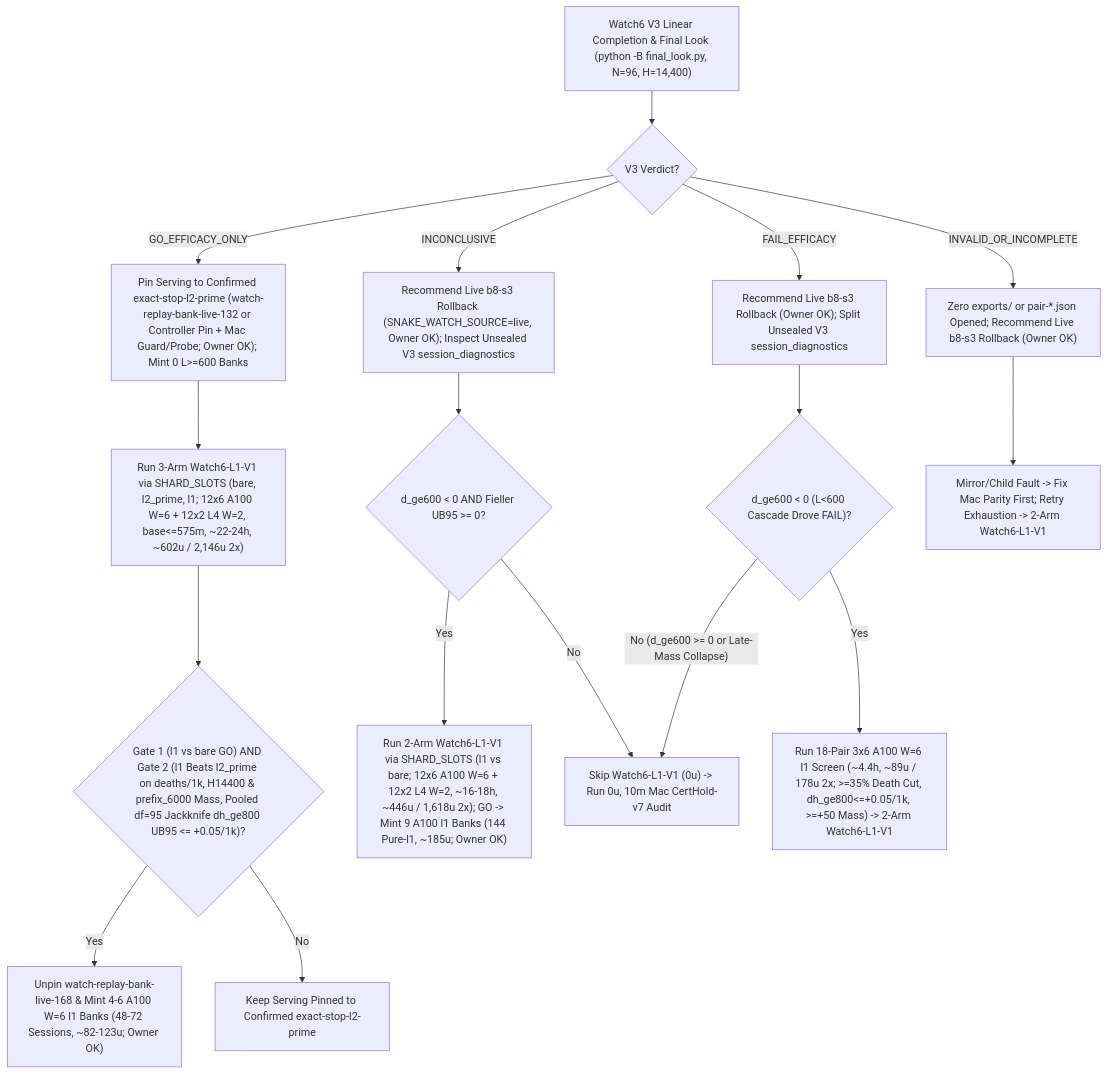
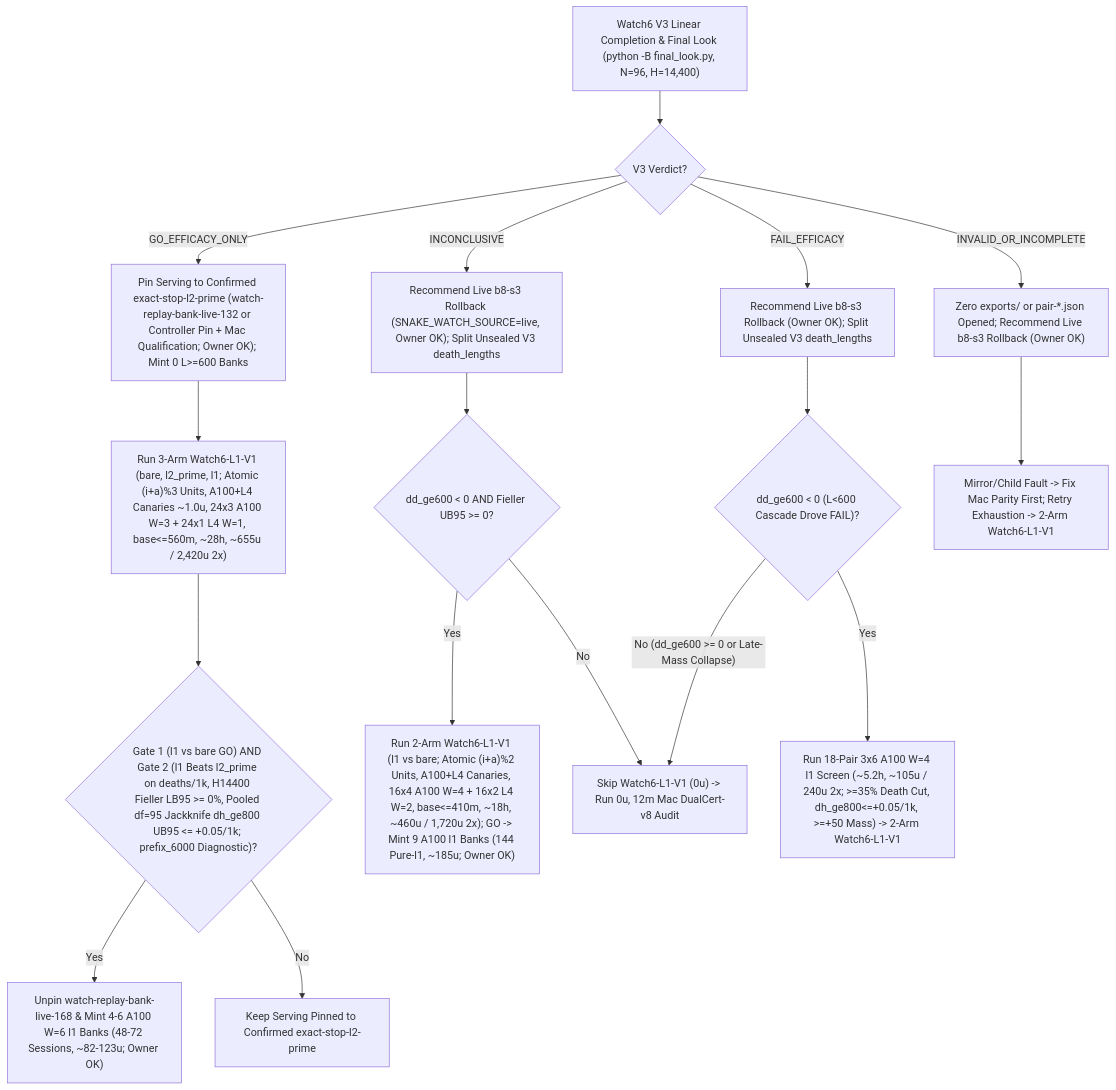
Before and after one commit to josenunezwork/snake-dqn: the diagram in docs/research/ROADMAP.md, drawn with Mermaid. The commit also changed other lines of this file, not shown here.

Commit message:
docs(roadmap): fold in round-08 synthesis as current and later-round advice

````diff
--- a/docs/research/ROADMAP.md
+++ b/docs/research/ROADMAP.md
@@ -90,19 +97,19 @@
 ```mermaid
 flowchart TD
     V3["Watch6 V3 Linear Completion & Final Look (python -B final_look.py, N=96, H=14,400)"] --> VERDICT{"V3 Verdict?"}
-    VERDICT -- "GO_EFFICACY_ONLY" --> PIN_L2["Pin Serving to Confirmed exact-stop-l2-prime (watch-replay-bank-live-132 or Controller Pin + Mac Guard/Probe; Owner OK); Mint 0 L>=600 Banks"]
-    PIN_L2 --> L1_3ARM["Run 3-Arm Watch6-L1-V1 via SHARD_SLOTS (bare, l2_prime, l1; 12x6 A100 W=6 + 12x2 L4 W=2, base<=575m, ~22-24h, ~602u / 2,146u 2x)"]
-    L1_3ARM --> GATE2{"Gate 1 (l1 vs bare GO) AND Gate 2 (l1 Beats l2_prime on deaths/1k, H14400 & prefix_6000 Mass, Pooled df=95 Jackknife dh_ge800 UB95 <= +0.05/1k)?"}
+    VERDICT -- "GO_EFFICACY_ONLY" --> PIN_L2["Pin Serving to Confirmed exact-stop-l2-prime (watch-replay-bank-live-132 or Controller Pin + Mac Qualification; Owner OK); Mint 0 L>=600 Banks"]
+    PIN_L2 --> L1_3ARM["Run 3-Arm Watch6-L1-V1 (bare, l2_prime, l1; Atomic (i+a)%3 Units, A100+L4 Canaries ~1.0u, 24x3 A100 W=3 + 24x1 L4 W=1, base<=560m, ~28h, ~655u / 2,420u 2x)"]
+    L1_3ARM --> GATE2{"Gate 1 (l1 vs bare GO) AND Gate 2 (l1 Beats l2_prime on deaths/1k, H14400 Fieller LB95 >= 0%, Pooled df=95 Jackknife dh_ge800 UB95 <= +0.05/1k; prefix_6000 Diagnostic)?"}
     GATE2 -- "Yes" --> UNPIN168["Unpin watch-replay-bank-live-168 & Mint 4-6 A100 W=6 l1 Banks (48-72 Sessions, ~82-123u; Owner OK)"]
     GATE2 -- "No" --> KEEP_L2["Keep Serving Pinned to Confirmed exact-stop-l2-prime"]
-    VERDICT -- "INCONCLUSIVE" --> INC_RB["Recommend Live b8-s3 Rollback (SNAKE_WATCH_SOURCE=live, Owner OK); Inspect Unsealed V3 session_diagnostics"]
-    INC_RB --> INC_CHK{"d_ge600 < 0 AND Fieller UB95 >= 0?"}
-    INC_CHK -- "Yes" --> L1_2ARM["Run 2-Arm Watch6-L1-V1 via SHARD_SLOTS (l1 vs bare; 12x6 A100 W=6 + 12x2 L4 W=2, ~16-18h, ~446u / 1,618u 2x); GO -> Mint 9 A100 l1 Banks (144 Pure-l1, ~185u; Owner OK)"]
-    INC_CHK -- "No" --> CERT["Skip Watch6-L1-V1 (0u) -> Run 0u, 10m Mac CertHold-v7 Audit"]
-    VERDICT -- "FAIL_EFFICACY" --> FAIL_RB["Recommend Live b8-s3 Rollback (Owner OK); Split Unsealed V3 session_diagnostics"]
-    FAIL_RB --> FAIL_CHK{"d_ge600 < 0 (L<600 Cascade Drove FAIL)?"}
-    FAIL_CHK -- "Yes" --> SCR18["Run 18-Pair 3x6 A100 W=6 l1 Screen (~4.4h, ~89u / 178u 2x; >=35% Death Cut, dh_ge800<=+0.05/1k, >=+50 Mass) -> 2-Arm Watch6-L1-V1"]
-    FAIL_CHK -- "No (d_ge600 >= 0 or Late-Mass Collapse)" --> CERT
+    VERDICT -- "INCONCLUSIVE" --> INC_RB["Recommend Live b8-s3 Rollback (SNAKE_WATCH_SOURCE=live, Owner OK); Split Unsealed V3 death_lengths"]
+    INC_RB --> INC_CHK{"dd_ge600 < 0 AND Fieller UB95 >= 0?"}
+    INC_CHK -- "Yes" --> L1_2ARM["Run 2-Arm Watch6-L1-V1 (l1 vs bare; Atomic (i+a)%2 Units, A100+L4 Canaries, 16x4 A100 W=4 + 16x2 L4 W=2, base<=410m, ~18h, ~460u / 1,720u 2x); GO -> Mint 9 A100 l1 Banks (144 Pure-l1, ~185u; Owner OK)"]
+    INC_CHK -- "No" --> DUAL["Skip Watch6-L1-V1 (0u) -> Run 0u, 12m Mac DualCert-v8 Audit"]
+    VERDICT -- "FAIL_EFFICACY" --> FAIL_RB["Recommend Live b8-s3 Rollback (Owner OK); Split Unsealed V3 death_lengths"]
+    FAIL_RB --> FAIL_CHK{"dd_ge600 < 0 (L<600 Cascade Drove FAIL)?"}
+    FAIL_CHK -- "Yes" --> SCR18["Run 18-Pair 3x6 A100 W=4 l1 Screen (~5.2h, ~105u / 240u 2x; >=35% Death Cut, dh_ge800<=+0.05/1k, >=+50 Mass) -> 2-Arm Watch6-L1-V1"]
+    FAIL_CHK -- "No (dd_ge600 >= 0 or Late-Mass Collapse)" --> DUAL
     VERDICT -- "INVALID_OR_INCOMPLETE" --> INV_RB["Zero exports/ or pair-*.json Opened; Recommend Live b8-s3 Rollback (Owner OK)"]
     INV_RB --> INV_FIX["Mirror/Child Fault -> Fix Mac Parity First; Retry Exhaustion -> 2-Arm Watch6-L1-V1"]
 ```
````
